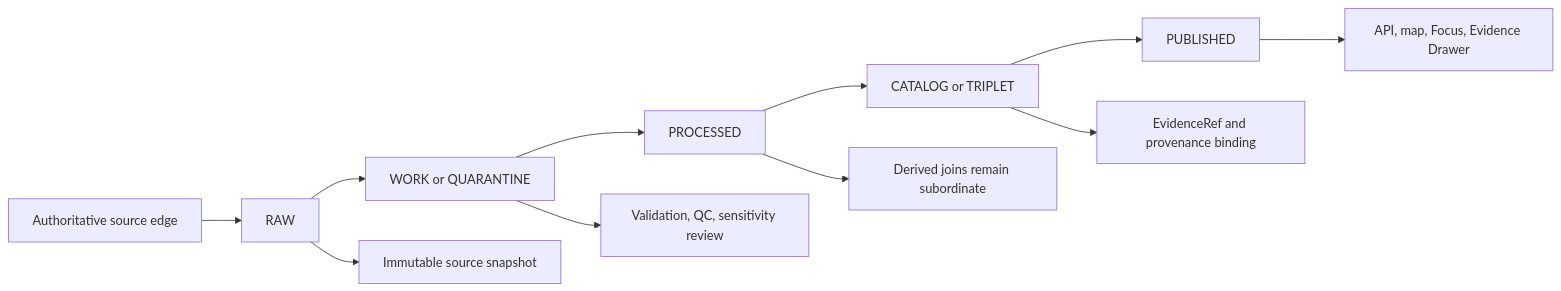
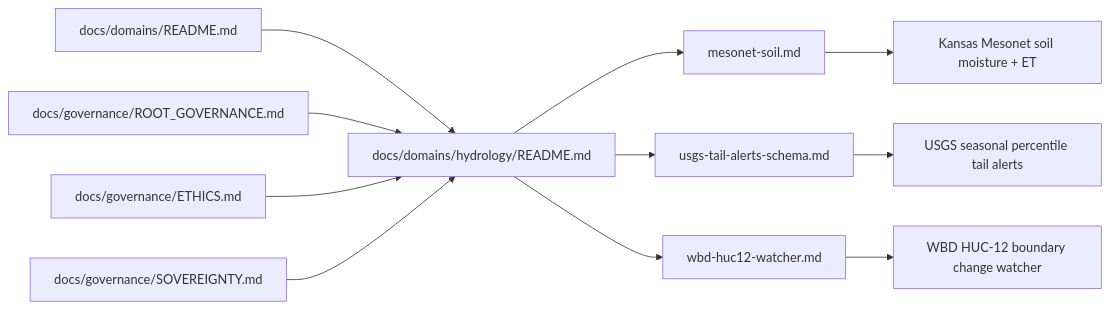
The first of 2 diagrams in docs/domains/hydrology/README.md (bartytime4life/Kansas-Frontier-Matrix), drawn with Mermaid before and after one commit. The commit also changed other lines of this file, not shown here.

First line of the commit message:
Revise hydrology README metadata and content

````diff
--- a/docs/domains/hydrology/README.md
+++ b/docs/domains/hydrology/README.md
@@ -167,14 +329,16 @@
 ```mermaid
 flowchart LR
-    A[Authoritative source edge] --> B[RAW]
-    B --> C[WORK or QUARANTINE]
-    C --> D[PROCESSED]
-    D --> E[CATALOG or TRIPLET]
-    E --> F[PUBLISHED]
+    A[docs/domains/README.md] --> B[docs/domains/hydrology/README.md]
 
-    B --> B1[Immutable source snapshot]
-    C --> C1[Validation, QC, sensitivity review]
-    D --> D1[Derived joins remain subordinate]
-    E --> E1[EvidenceRef and provenance binding]
-    F --> F1[API, map, Focus, Evidence Drawer]
+    G[docs/governance/ROOT_GOVERNANCE.md] --> B
+    H[docs/governance/ETHICS.md] --> B
+    I[docs/governance/SOVEREIGNTY.md] --> B
+
+    B --> C[mesonet-soil.md]
+    B --> D[usgs-tail-alerts-schema.md]
+    B --> E[wbd-huc12-watcher.md]
+
+    C --> C1[Kansas Mesonet soil moisture + ET]
+    D --> D1[USGS seasonal percentile tail alerts]
+    E --> E1[WBD HUC-12 boundary change watcher]
 ```
````
